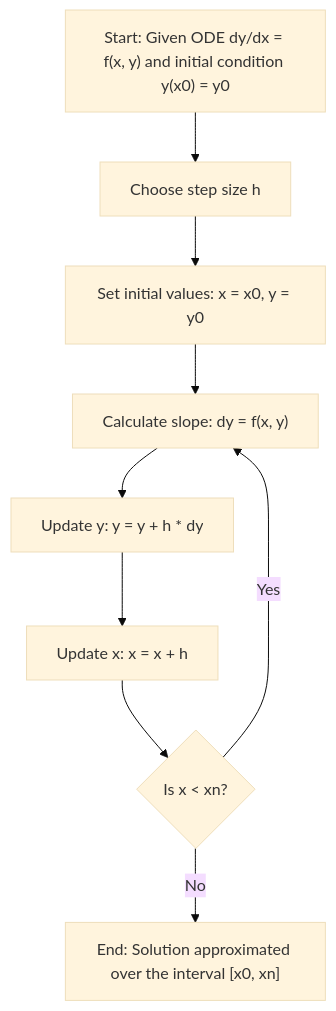
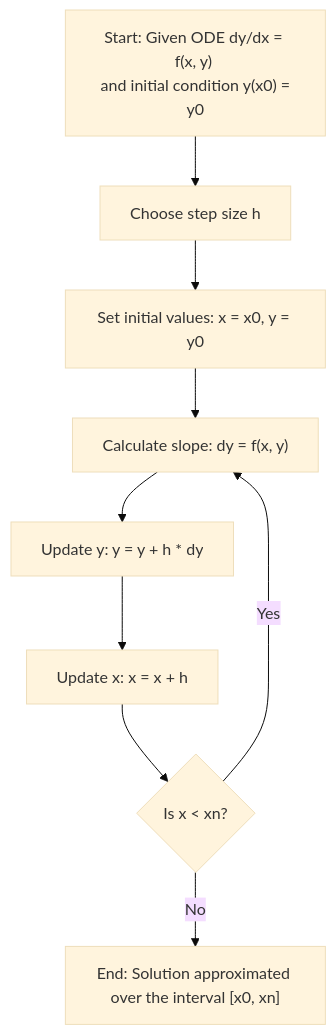
The diagram in ordinaryDifferntialEquations/README.md (nishantaMishra/computational-physics-in-python), drawn with Mermaid (base theme) before and after one commit.

````diff
--- a/ordinaryDifferntialEquations/README.md
+++ b/ordinaryDifferntialEquations/README.md
@@ -17,11 +17,11 @@
 ```mermaid
 graph TD
-    A["Start: Given ODE dy/dx = f(x, y) and initial condition y(x0) = y0"] --> B[Choose step size h]
+    A["Start: Given ODE dy/dx = f(x, y) \n and initial condition y(x0) = y0"] --> B[Choose step size h]
     B --> C["Set initial values: x = x0, y = y0"]
     C --> D["Calculate slope: dy = f(x, y)"]
     D --> E["Update y: y = y + h * dy"]
     E --> F["Update x: x = x + h"]
     F --> G{"Is x < xn?"}
     G --> |Yes| D
     G --> |No| H["End: Solution approximated over the interval [x0, xn]"]
 ```
````
